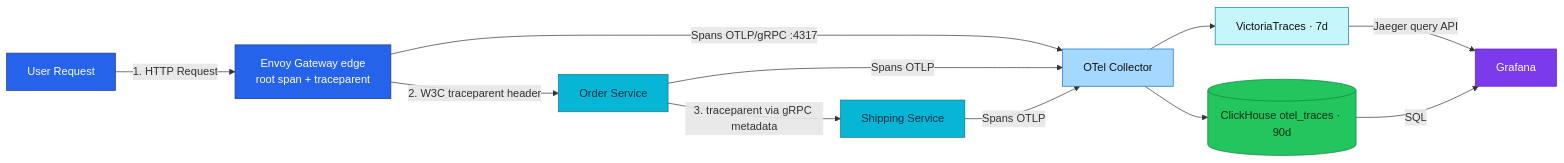
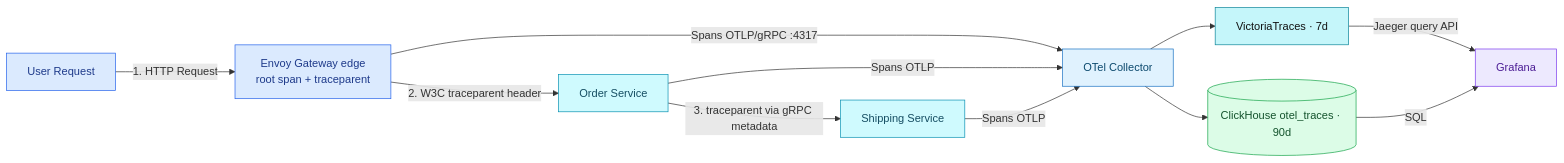
One commit to duynhlab/homelab changed the diagram in docs/observability/tracing/README.md. Above: the diagram before and after it, drawn with Mermaid. The commit also changed 174 other files, not shown here.

First line of the commit message:
Soft-tint diagram palette, a signal-flow diagram, a Linux-ready Draw.io skill

````diff
--- a/docs/observability/tracing/README.md
+++ b/docs/observability/tracing/README.md
@@ -82,29 +82,29 @@
 ```mermaid
 flowchart LR
     A[User Request] -->|1. HTTP Request| K[Envoy Gateway edge<br/>root span + traceparent]
     K -->|2. W3C traceparent header| C[Order Service]
     C -->|3. traceparent via gRPC metadata| D[Shipping Service]
 
     K -->|Spans OTLP/gRPC :4317| O[OTel Collector]
     C -->|Spans OTLP| O
     D -->|Spans OTLP| O
 
     O --> V["VictoriaTraces · 7d"]
     O --> CH[("ClickHouse otel_traces · 90d")]
 
     V -->|"Jaeger query API"| F[Grafana]
     CH -->|"SQL"| F
 
-    classDef edge fill:#2563eb,color:#fff,stroke:#1e3a8a;
-    classDef service fill:#06b6d4,color:#082f49,stroke:#0e7490;
-    classDef platform fill:#7c3aed,color:#fff,stroke:#5b21b6;
+    classDef edge fill:#dbeafe,color:#1e3a8a,stroke:#2563eb;
+    classDef service fill:#cffafe,color:#164e63,stroke:#0891b2;
+    classDef platform fill:#ede9fe,color:#4c1d95,stroke:#7c3aed;
     classDef trace fill:#c5f6fa,color:#111,stroke:#0c8599;
-    classDef collector fill:#a5d8ff,color:#111,stroke:#1971c2;
-    classDef data fill:#22c55e,color:#052e16,stroke:#15803d;
+    classDef collector fill:#e0f2fe,color:#0c4a6e,stroke:#1971c2;
+    classDef data fill:#dcfce7,color:#14532d,stroke:#16a34a;
     class A,K edge;
     class C,D service;
     class O collector;
     class V trace;
     class CH data;
     class F platform;
 ```
````
